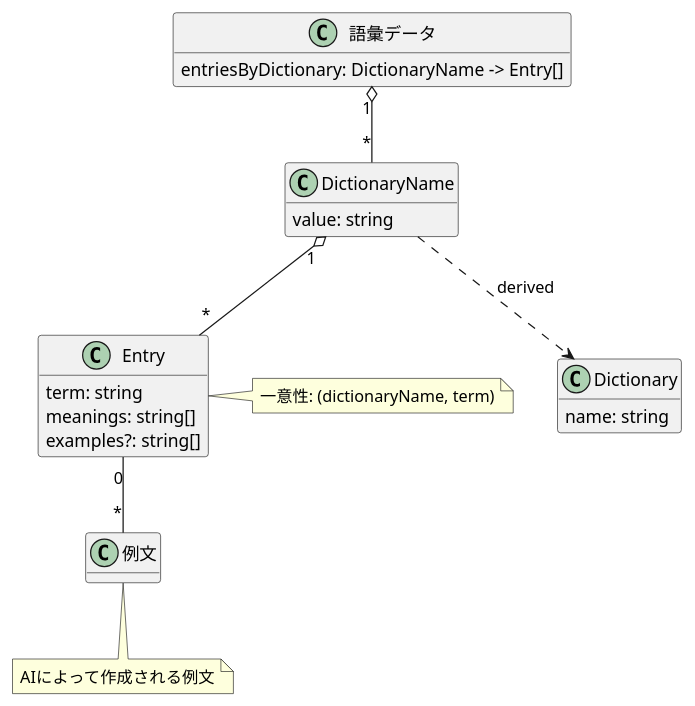
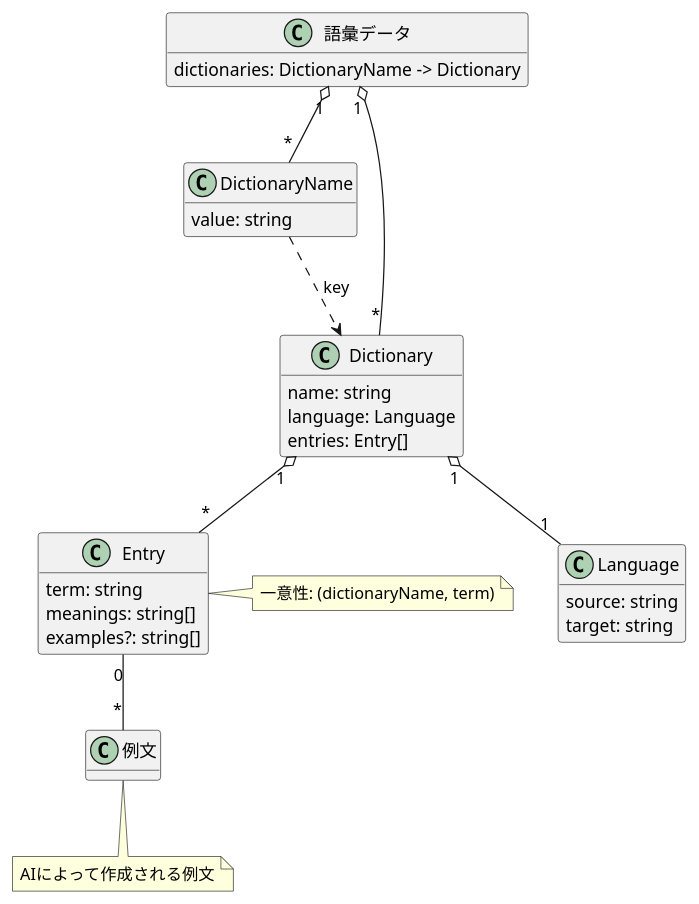
One commit to tooppoo/lexica changed the diagram in docs/model.puml. Above: the diagram before and after it, drawn with PlantUML. The commit also changed 19 other files, not shown here.

```diff
--- a/docs/model.puml
+++ b/docs/model.puml
@@ -1,40 +1,48 @@
 @startuml
 hide methods
 skinparam classAttributeIconSize 0
 
 ' docs/terms.md に定義された語彙のみを使用すること
 
 class "語彙データ" {
-  entriesByDictionary: DictionaryName -> Entry[]
+  dictionaries: DictionaryName -> Dictionary
 }
 
 class DictionaryName {
   value: string
 }
 
 class Entry {
   term: string
   meanings: string[]
   examples?: string[]
 }
 
 class Dictionary {
   name: string
+  language: Language
+  entries: Entry[]
 }
 
+class Language {
+  source: string
+  target: string
+}
 class "例文"
 
 "語彙データ" "1" o-- "*" DictionaryName
-DictionaryName "1" o-- "*" Entry
-DictionaryName ..> Dictionary : derived
+"語彙データ" "1" o-- "*" Dictionary
+Dictionary "1" o-- "1" Language
+Dictionary "1" o-- "*" Entry
+DictionaryName ..> Dictionary : key
 Entry "0" -- "*" "例文"
 
 note right of Entry
   一意性: (dictionaryName, term)
 end note
 
 note bottom of "例文"
   AIによって作成される例文
 end note
 
 @enduml
```
